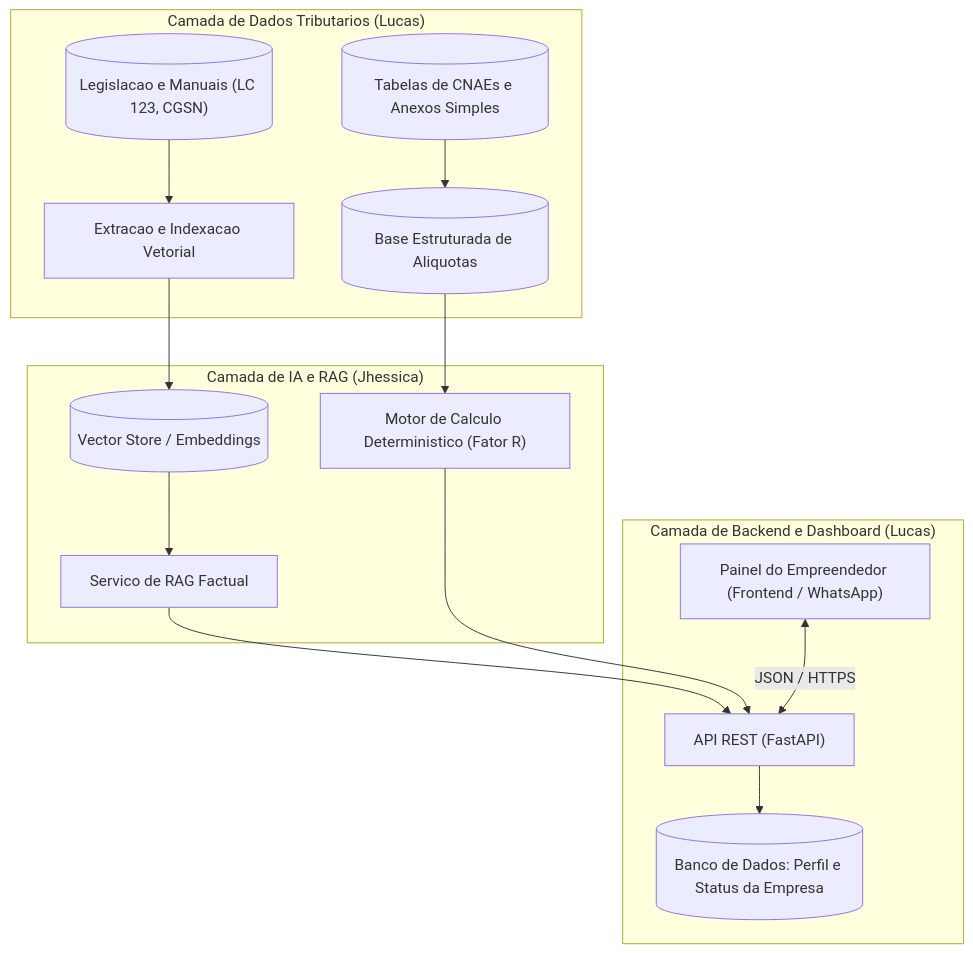
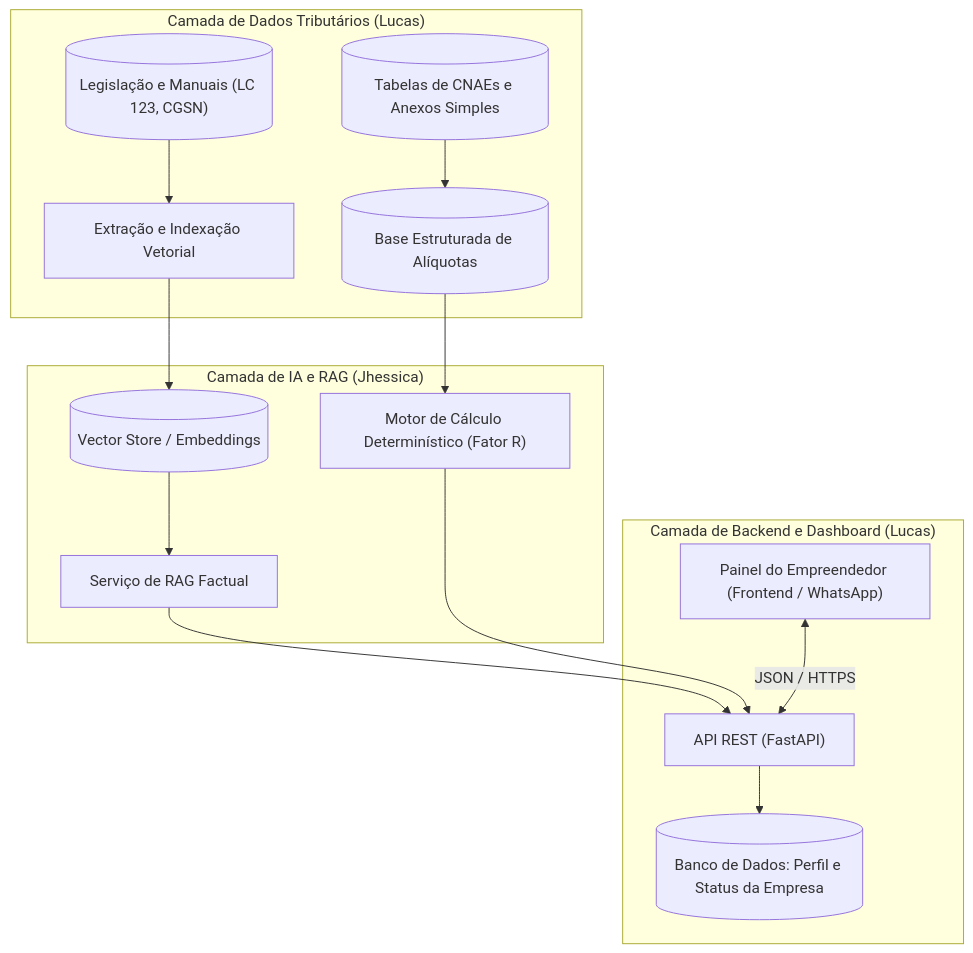
One commit to ingrdsoares/RES-IA-Challenge-2 changed the diagram in docs/arquitetura.md. Above: the diagram before and after it, drawn with Mermaid. The commit also changed other lines of this file and 9 other files, not shown here.

````diff
--- a/docs/arquitetura.md
+++ b/docs/arquitetura.md
@@ -12,20 +12,20 @@
 ```mermaid
 flowchart TD
-    subgraph Ingestao["Camada de Dados Tributarios (Lucas)"]
-        Legis[("Legislacao e Manuais (LC 123, CGSN)")] --> Chunking["Extracao e Indexacao Vetorial"]
-        CNAEData[("Tabelas de CNAEs e Anexos Simples")] --> StructuredStore[("Base Estruturada de Aliquotas")]
+    subgraph Ingestao["Camada de Dados Tributários (Lucas)"]
+        Legis[("Legislação e Manuais (LC 123, CGSN)")] --> Chunking["Extração e Indexação Vetorial"]
+        CNAEData[("Tabelas de CNAEs e Anexos Simples")] --> StructuredStore[("Base Estruturada de Alíquotas")]
     end
 
     subgraph Inteligencia["Camada de IA e RAG (Jhessica)"]
         Chunking --> VectorDB[("Vector Store / Embeddings")]
-        VectorDB --> RAGService["Servico de RAG Factual"]
-        StructuredStore --> RuleEngine["Motor de Calculo Deterministico (Fator R)"]
+        VectorDB --> RAGService["Serviço de RAG Factual"]
+        StructuredStore --> RuleEngine["Motor de Cálculo Determinístico (Fator R)"]
     end
 
     subgraph Servicos["Camada de Backend e Dashboard (Lucas)"]
         RAGService --> API["API REST (FastAPI)"]
         RuleEngine --> API
         API --> AppDB[("Banco de Dados: Perfil e Status da Empresa")]
         ClientApp["Painel do Empreendedor (Frontend / WhatsApp)"] <-->|JSON / HTTPS| API
     end
 ```
````
